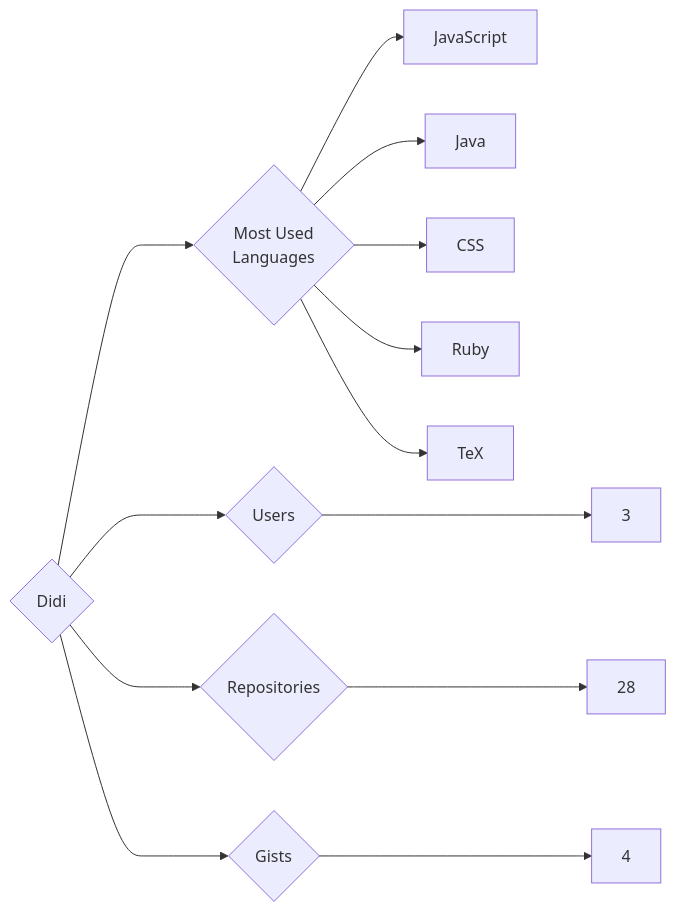
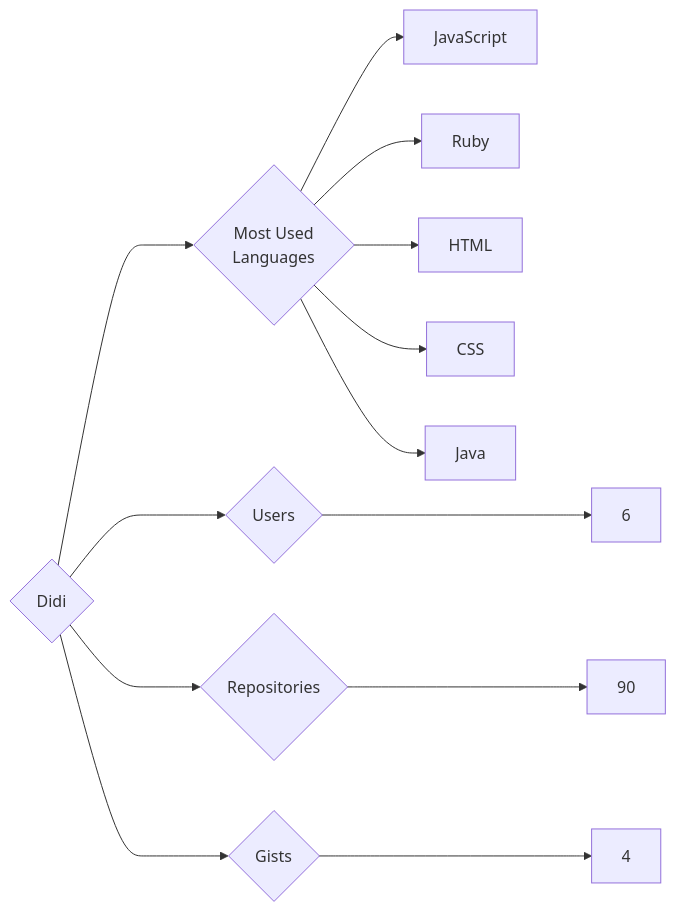
Before and after one commit to trickest/insiders: the diagram in targets/Didi/README.md, drawn with Mermaid. The commit also changed 1007 other files, not shown here.

````diff
--- a/targets/Didi/README.md
+++ b/targets/Didi/README.md
@@ -3,13 +3,13 @@
 ```mermaid
 graph LR
 COMPANY_NAME{Didi}
-COMPANY_NAME ---> U{Users} ---> UN[3]
-COMPANY_NAME ---> R{Repositories} ---> RN[28]
+COMPANY_NAME ---> U{Users} ---> UN[6]
+COMPANY_NAME ---> R{Repositories} ---> RN[90]
 COMPANY_NAME ---> G{Gists} ---> GN[4]
 COMPANY_NAME ---> ML{Most Used<br>Languages}
 ML --> JavaScript[JavaScript]
+ML --> Ruby[Ruby]
+ML --> HTML[HTML]
+ML --> CSS[CSS]
 ML --> Java[Java]
-ML --> CSS[CSS]
-ML --> Ruby[Ruby]
-ML --> TeX[TeX]
 ```
````
